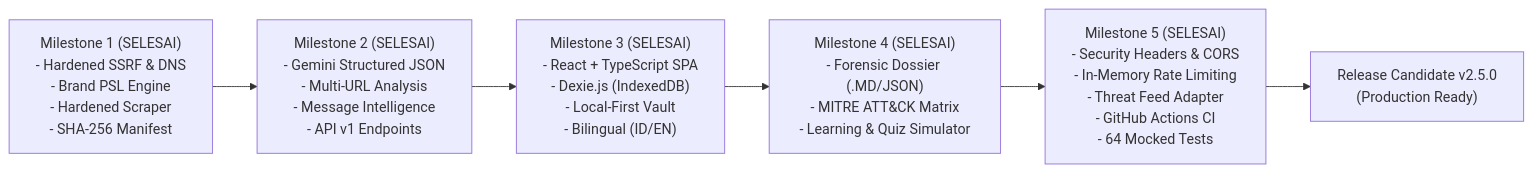
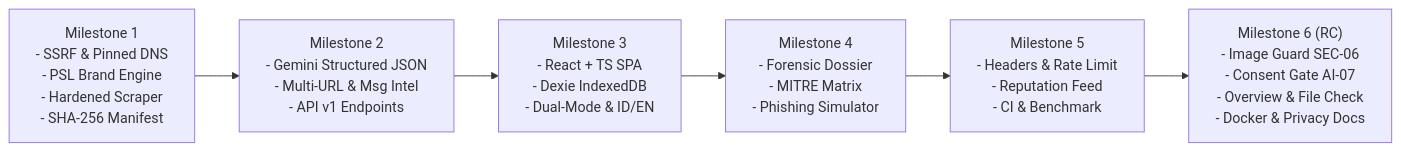
Before and after one commit to ChoqySirait/Chatbot: the second of 2 diagrams in README.md, drawn with Mermaid. The commit also changed other lines of this file and 17 other files, not shown here.

Commit message:
chore(release): add docker config, privacy docs, conversational LLM fixes, and RC smoke tests

````diff
--- a/README.md
+++ b/README.md
@@ -220,11 +180,11 @@
 ```mermaid
 flowchart LR
-    M1["Milestone 1 (SELESAI)\n- Hardened SSRF & DNS\n- Brand PSL Engine\n- Hardened Scraper\n- SHA-256 Manifest"]
-    M2["Milestone 2 (SELESAI)\n- Gemini Structured JSON\n- Multi-URL Analysis\n- Message Intelligence\n- API v1 Endpoints"]
-    M3["Milestone 3 (SELESAI)\n- React + TypeScript SPA\n- Dexie.js (IndexedDB)\n- Local-First Vault\n- Bilingual (ID/EN)"]
-    M4["Milestone 4 (SELESAI)\n- Forensic Dossier (.MD/JSON)\n- MITRE ATT&CK Matrix\n- Learning & Quiz Simulator"]
-    M5["Milestone 5 (SELESAI)\n- Security Headers & CORS\n- In-Memory Rate Limiting\n- Threat Feed Adapter\n- GitHub Actions CI\n- 64 Mocked Tests"]
-    RC["Release Candidate v2.5.0\n(Production Ready)"]
+    M1["Milestone 1\n- SSRF & Pinned DNS\n- PSL Brand Engine\n- Hardened Scraper\n- SHA-256 Manifest"]
+    M2["Milestone 2\n- Gemini Structured JSON\n- Multi-URL & Msg Intel\n- API v1 Endpoints"]
+    M3["Milestone 3\n- React + TS SPA\n- Dexie IndexedDB\n- Dual-Mode & ID/EN"]
+    M4["Milestone 4\n- Forensic Dossier\n- MITRE Matrix\n- Phishing Simulator"]
+    M5["Milestone 5\n- Headers & Rate Limit\n- Reputation Feed\n- CI & Benchmark"]
+    M6["Milestone 6 (RC)\n- Image Guard SEC-06\n- Consent Gate AI-07\n- Overview & File Check\n- Docker & Privacy Docs"]
 
-    M1 --> M2 --> M3 --> M4 --> M5 --> RC
+    M1 --> M2 --> M3 --> M4 --> M5 --> M6
 ```
````
